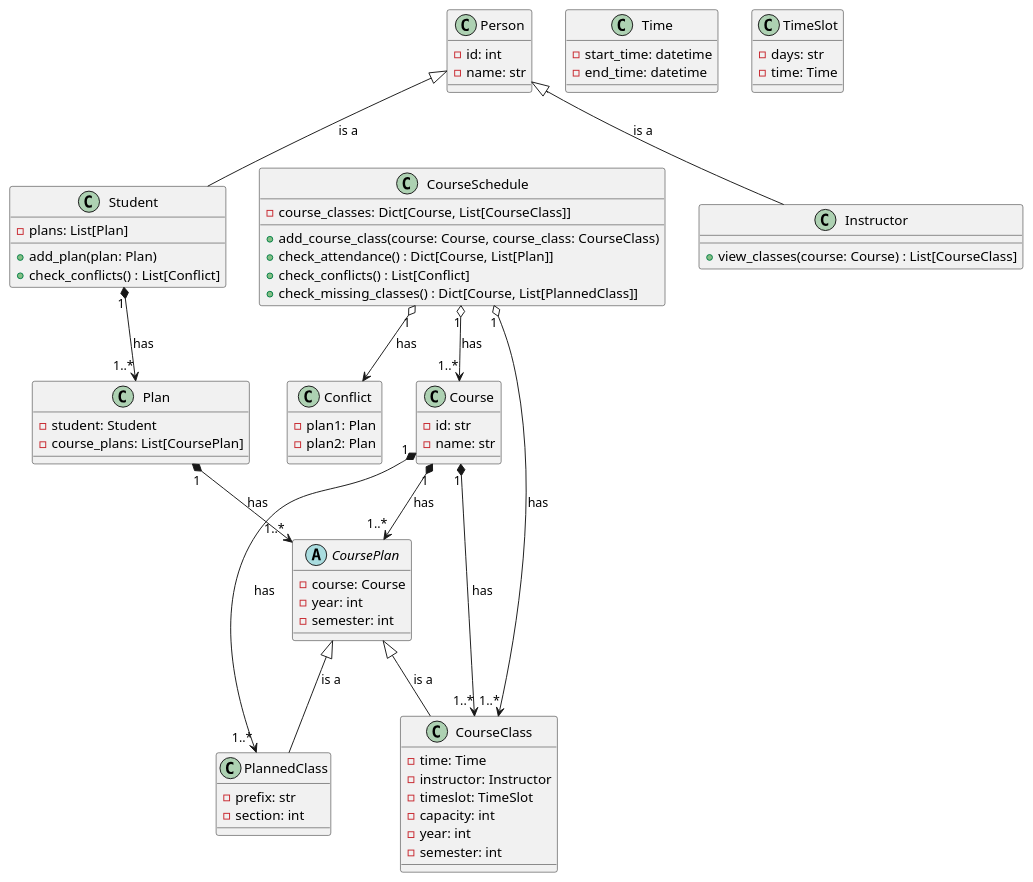
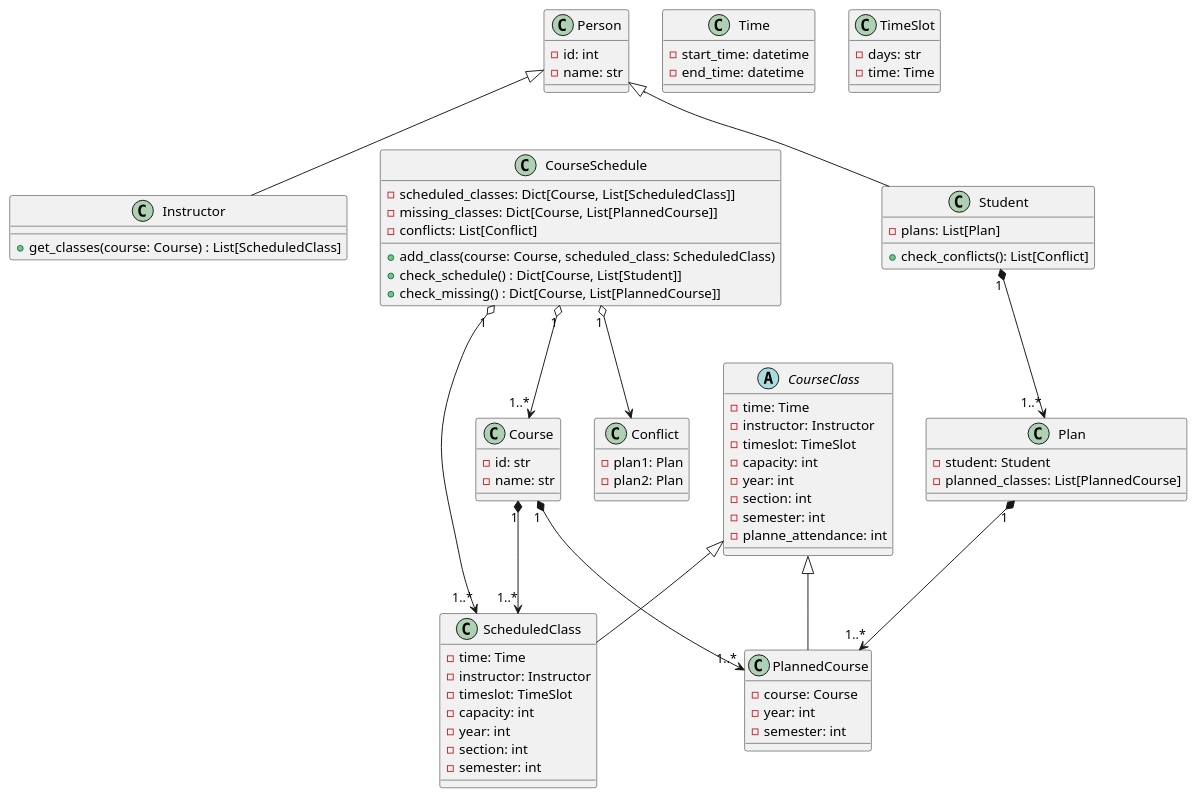
Before and after one commit to ladew222/studentcourseplanner: the diagram in uml.wsd, drawn with PlantUML. The commit also changed 3 other files, not shown here.

```diff
--- a/uml.wsd
+++ b/uml.wsd
@@ -1,88 +1,94 @@
 @startuml
 
 class Person {
     -id: int
     -name: str
 }
 
 class Student {
     -plans: List[Plan]
-    +add_plan(plan: Plan)
-    +check_conflicts() : List[Conflict]
+    +check_conflicts(): List[Conflict]
 }
 
 class Instructor {
-    +view_classes(course: Course) : List[CourseClass]
+    +get_classes(course: Course) : List[ScheduledClass]
 }
 
 class Course {
     -id: str
     -name: str
 }
 
-abstract class CoursePlan {
-    -course: Course
-    -year: int
-    -semester: int
-}
-
-class PlannedClass {
-    -prefix: str
-    -section: int
-}
-
-class CourseClass {
+abstract class CourseClass {
     -time: Time
     -instructor: Instructor
     -timeslot: TimeSlot
     -capacity: int
+    -year: int
+    -section: int
+    -semester: int
+    -planne_attendance: int
+}
+
+class ScheduledClass {
+    -time: Time
+    -instructor: Instructor
+    -timeslot: TimeSlot
+    -capacity: int
+    -year: int
+    -section: int
+    -semester: int
+}
+
+class Plan {
+    -student: Student
+    -planned_classes: List[PlannedCourse]
+}
+
+class PlannedCourse {
+    -course: Course
     -year: int
     -semester: int
 }
 
 class Time {
     -start_time: datetime
     -end_time: datetime
 }
 
 class TimeSlot {
     -days: str
     -time: Time
 }
 
-class Plan {
-    -student: Student
-    -course_plans: List[CoursePlan]
-}
-
 class CourseSchedule {
-    -course_classes: Dict[Course, List[CourseClass]]
-    +add_course_class(course: Course, course_class: CourseClass)
-    +check_attendance() : Dict[Course, List[Plan]]
-    +check_conflicts() : List[Conflict]
-    +check_missing_classes() : Dict[Course, List[PlannedClass]]
+    -scheduled_classes: Dict[Course, List[ScheduledClass]]
+    -missing_classes: Dict[Course, List[PlannedCourse]]
+    -conflicts: List[Conflict]
+    +add_class(course: Course, scheduled_class: ScheduledClass)
+    +check_schedule() : Dict[Course, List[Student]]
+    +check_missing() : Dict[Course, List[PlannedCourse]]
 }
 
 class Conflict {
     -plan1: Plan
     -plan2: Plan
 }
 
-Person <|-- Student : is a
-Person <|-- Instructor : is a
+Person <|-- Student
+Person <|-- Instructor
 
-CoursePlan <|-- PlannedClass : is a
-CoursePlan <|-- CourseClass : is a
+CourseClass <|-- ScheduledClass
+CourseClass <|-- PlannedCourse
 
-Student "1" *--> "1..*" Plan : has
-Plan "1" *--> "1..*" CoursePlan : has
+Student "1" *--> "1..*" Plan
+Plan "1" *--> "1..*" PlannedCourse
 
-Course "1" *--> "1..*" CoursePlan : has
-Course "1" *--> "1..*" PlannedClass : has
-Course "1" *--> "1..*" CourseClass : has
+Course "1" *--> "1..*" ScheduledClass
+Course "1" *--> "1..*" PlannedCourse
 
-CourseSchedule "1" o--> "1..*" Course : has
-CourseSchedule "1" o--> "1..*" CourseClass : has
-CourseSchedule "1" o--> Conflict : has
+CourseSchedule "1" o--> "1..*" Course
+CourseSchedule "1" o--> "1..*" ScheduledClass
+CourseSchedule "1" o--> Conflict
 
 @enduml
```
